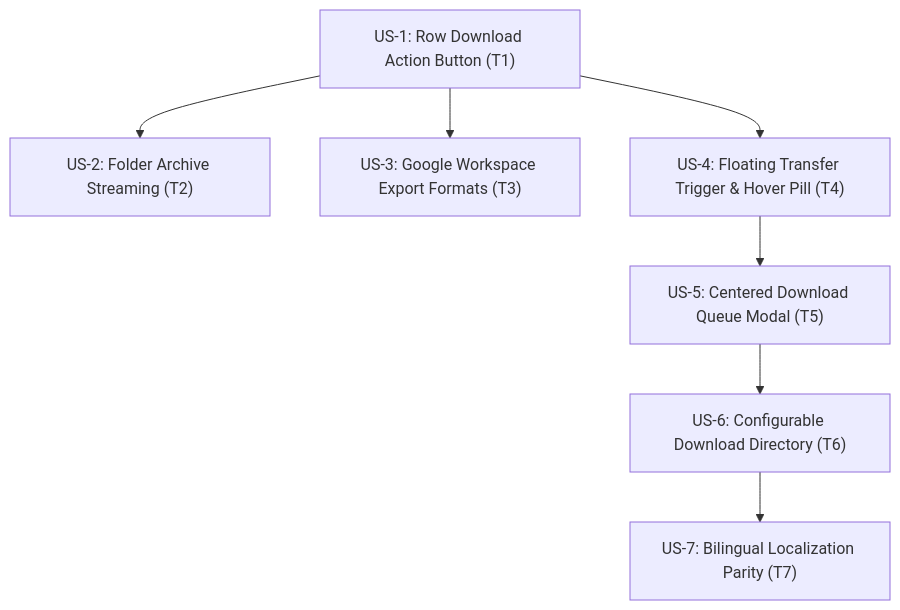
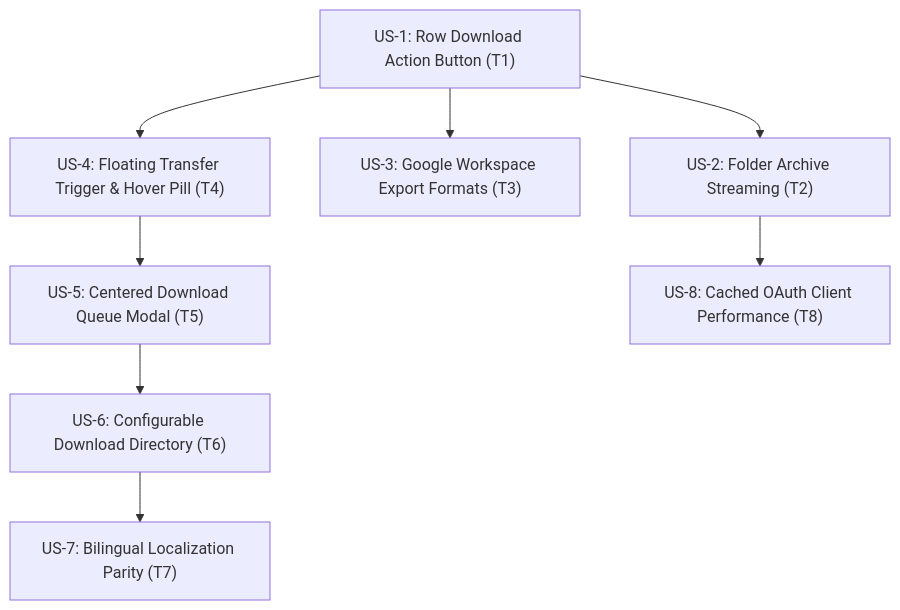
The diagram in specs/012-download-transfers/plan.md (sebix7/Prydrive), drawn with Mermaid before and after one commit. The commit also changed other lines of this file and 21 other files, not shown here.

First line of the commit message:
feat(download): add floating transfer trigger and oauth client caching

````diff
--- a/specs/012-download-transfers/plan.md
+++ b/specs/012-download-transfers/plan.md
@@ -412,9 +425,10 @@
 ```mermaid
 flowchart TD
     US1["US-1: Row Download Action Button (T1)"] --> US2["US-2: Folder Archive Streaming (T2)"]
     US1 --> US3["US-3: Google Workspace Export Formats (T3)"]
     US1 --> US4["US-4: Floating Transfer Trigger & Hover Pill (T4)"]
     US4 --> US5["US-5: Centered Download Queue Modal (T5)"]
     US5 --> US6["US-6: Configurable Download Directory (T6)"]
     US6 --> US7["US-7: Bilingual Localization Parity (T7)"]
+    US2 --> US8["US-8: Cached OAuth Client Performance (T8)"]
 ```
````
